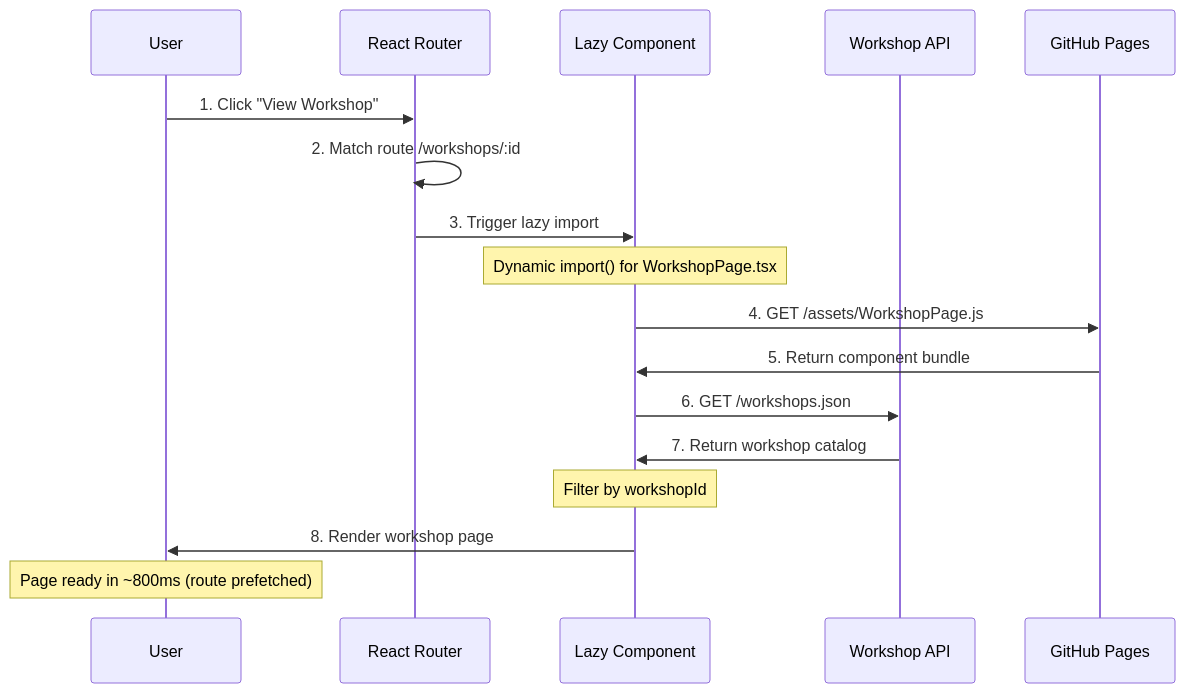
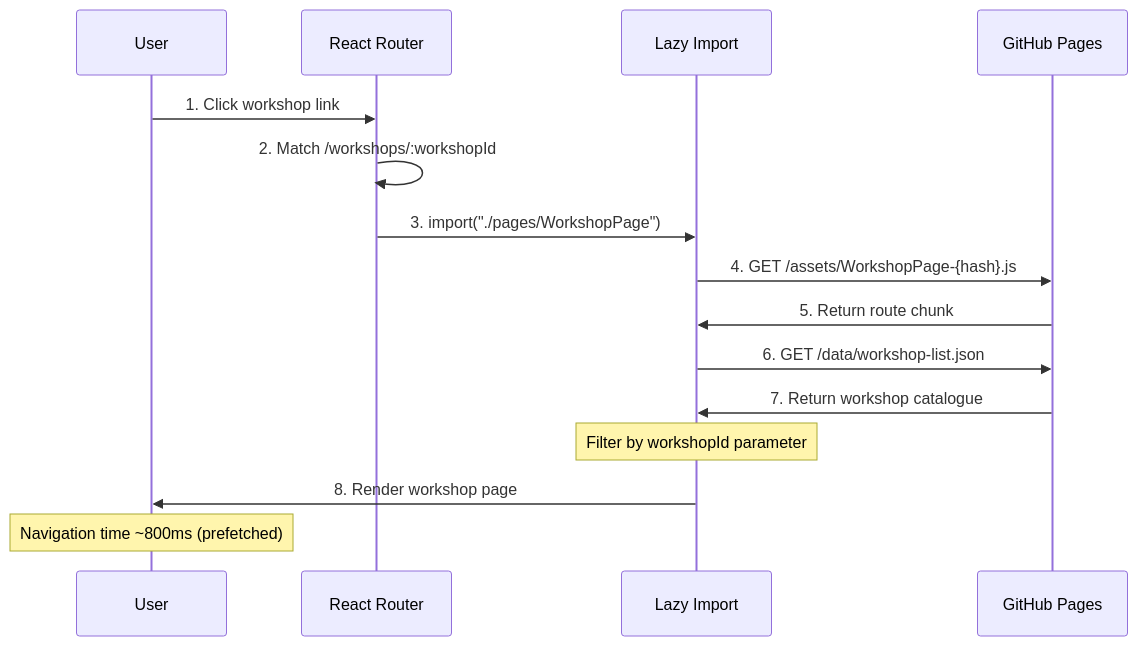
One commit to DreamLab-AI/dreamlab-ai-website changed the eighth of 18 diagrams in docs/architecture/DATA_FLOW.md. Above: the diagram before and after it, drawn with Mermaid. The commit also changed other lines of this file and 49 other files, not shown here.

````diff
--- a/docs/architecture/DATA_FLOW.md
+++ b/docs/architecture/DATA_FLOW.md
@@ -102,24 +248,22 @@
 ```mermaid
 sequenceDiagram
     participant U as User
     participant Router as React Router
-    participant Lazy as Lazy Component
-    participant API as Workshop API
+    participant Lazy as Lazy Import
     participant CDN as GitHub Pages
 
-    U->>Router: 1. Click "View Workshop"
-    Router->>Router: 2. Match route /workshops/:id
-    Router->>Lazy: 3. Trigger lazy import
+    U->>Router: 1. Click workshop link
+    Router->>Router: 2. Match /workshops/:workshopId
+    Router->>Lazy: 3. import("./pages/WorkshopPage")
 
-    Note over Lazy: Dynamic import() for WorkshopPage.tsx
-    Lazy->>CDN: 4. GET /assets/WorkshopPage.js
-    CDN->>Lazy: 5. Return component bundle
+    Lazy->>CDN: 4. GET /assets/WorkshopPage-{hash}.js
+    CDN->>Lazy: 5. Return route chunk
 
-    Lazy->>API: 6. GET /workshops.json
-    API->>Lazy: 7. Return workshop catalog
+    Lazy->>CDN: 6. GET /data/workshop-list.json
+    CDN->>Lazy: 7. Return workshop catalogue
 
-    Note over Lazy: Filter by workshopId
+    Note over Lazy: Filter by workshopId parameter
     Lazy->>U: 8. Render workshop page
 
-    Note over U: Page ready in ~800ms (route prefetched)
+    Note over U: Navigation time ~800ms (prefetched)
 ```
````
